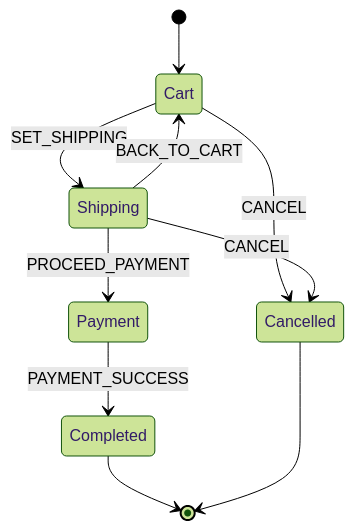
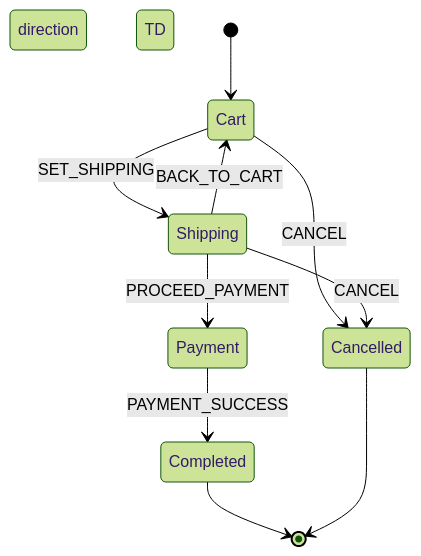
One commit to nlozgachev/pipelined changed the diagram in docs/src/content/docs/guides/machine.md. Above: the diagram before and after it, drawn with Mermaid (forest theme). The commit also changed other lines of this file and 8 other files, not shown here.

````diff
--- a/docs/src/content/docs/guides/machine.md
+++ b/docs/src/content/docs/guides/machine.md
@@ -38,13 +38,13 @@
 ```mermaid
 stateDiagram-v2
-  direction TB
+  direction TD
   [*] --> Cart
   Cart --> Shipping : SET_SHIPPING
   Cart --> Cancelled : CANCEL
   Shipping --> Payment : PROCEED_PAYMENT
   Shipping --> Cart : BACK_TO_CART
   Shipping --> Cancelled : CANCEL
   Payment --> Completed : PAYMENT_SUCCESS
   Completed --> [*]
   Cancelled --> [*]
 ```
````
